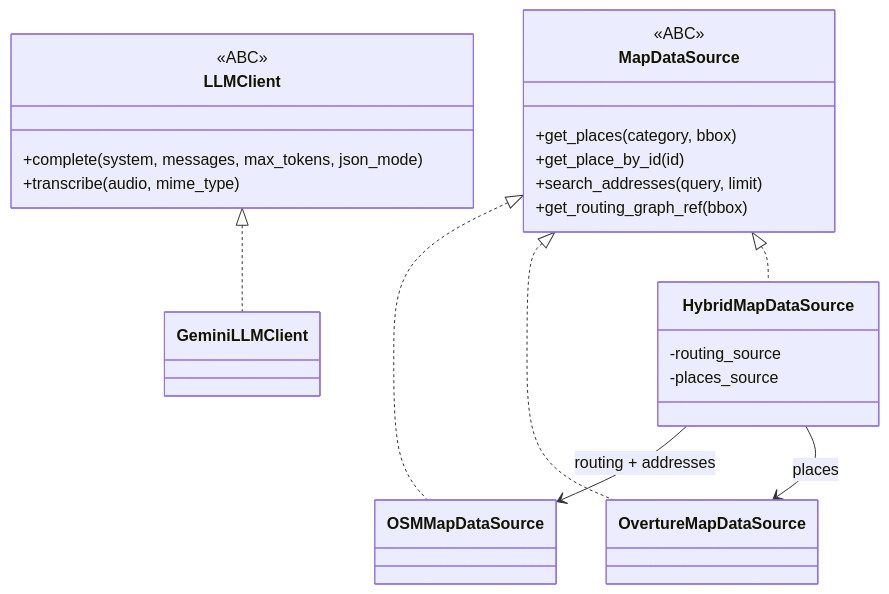
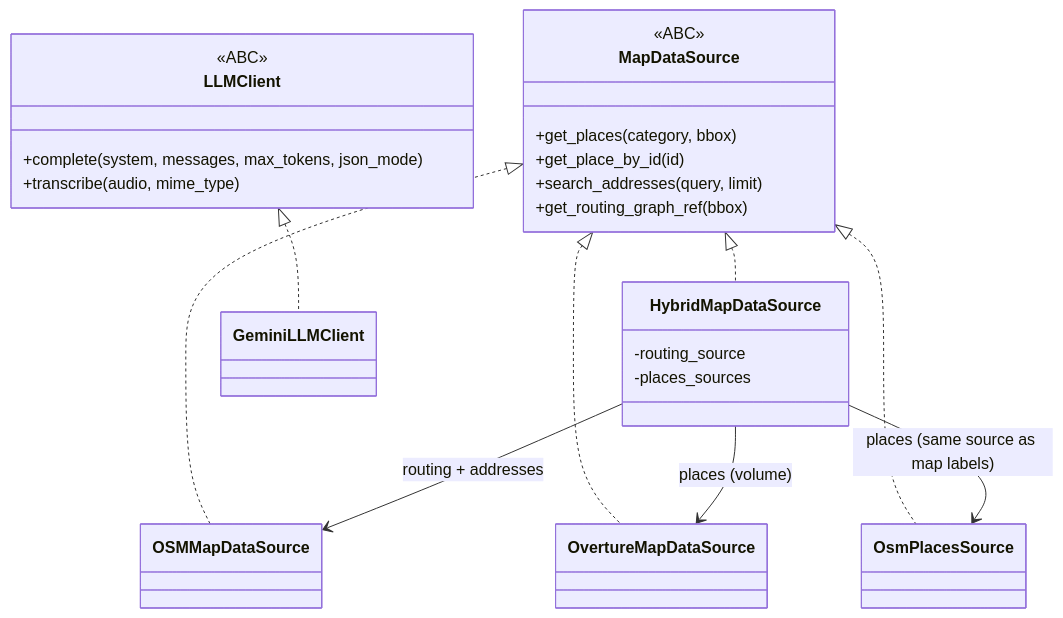
Before and after one commit to bjd273/gloway: the second of 2 diagrams in docs/architecture.md, drawn with Mermaid. The commit also changed other lines of this file and 9 other files, not shown here.

````diff
--- a/docs/architecture.md
+++ b/docs/architecture.md
@@ -53,29 +53,32 @@
 ```mermaid
 classDiagram
     class MapDataSource {
         <<ABC>>
         +get_places(category, bbox)
         +get_place_by_id(id)
         +search_addresses(query, limit)
         +get_routing_graph_ref(bbox)
     }
     class OSMMapDataSource
     class OvertureMapDataSource
+    class OsmPlacesSource
     class HybridMapDataSource {
         -routing_source
-        -places_source
+        -places_sources
     }
     MapDataSource <|.. OSMMapDataSource
     MapDataSource <|.. OvertureMapDataSource
+    MapDataSource <|.. OsmPlacesSource
     MapDataSource <|.. HybridMapDataSource
     HybridMapDataSource --> OSMMapDataSource : routing + addresses
-    HybridMapDataSource --> OvertureMapDataSource : places
+    HybridMapDataSource --> OvertureMapDataSource : places (volume)
+    HybridMapDataSource --> OsmPlacesSource : places (same source as map labels)
 
     class LLMClient {
         <<ABC>>
         +complete(system, messages, max_tokens, json_mode)
         +transcribe(audio, mime_type)
     }
     class GeminiLLMClient
     LLMClient <|.. GeminiLLMClient
 ```
````
